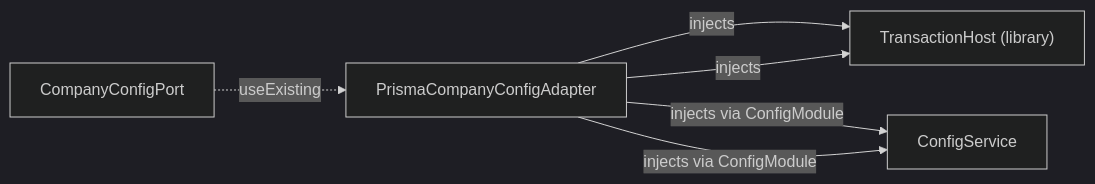
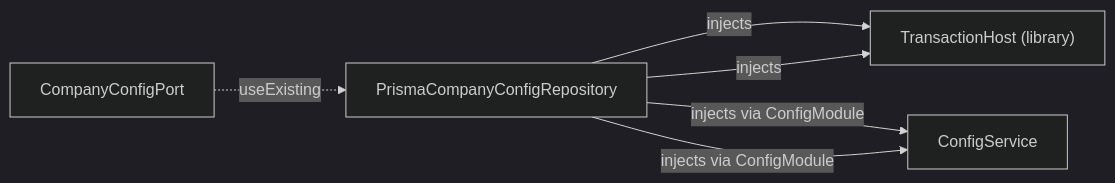
Diagram 12 of 22 in docs/DI-WIRING.md (ashrafemon/ddd-boilerplate), drawn with Mermaid (dark theme) before and after one commit. The commit also changed other lines of this file and 41 other files, not shown here.

First line of the commit message:
refactor(platform): normalize service layout — repositories/, adapter naming, port split

````diff
--- a/docs/DI-WIRING.md
+++ b/docs/DI-WIRING.md
@@ -578,12 +568,12 @@
 ```mermaid
 flowchart LR
     CompanyConfigPort["CompanyConfigPort"]
-    PrismaCompanyConfigAdapter["PrismaCompanyConfigAdapter"]
-    CompanyConfigPort -.->|useExisting| PrismaCompanyConfigAdapter
+    PrismaCompanyConfigRepository["PrismaCompanyConfigRepository"]
+    CompanyConfigPort -.->|useExisting| PrismaCompanyConfigRepository
     TransactionHost__library_["TransactionHost (library)"]
-    PrismaCompanyConfigAdapter -->|injects| TransactionHost__library_
+    PrismaCompanyConfigRepository -->|injects| TransactionHost__library_
     ConfigService["ConfigService"]
-    PrismaCompanyConfigAdapter -->|injects via ConfigModule| ConfigService
-    PrismaCompanyConfigAdapter -->|injects| TransactionHost__library_
-    PrismaCompanyConfigAdapter -->|injects via ConfigModule| ConfigService
+    PrismaCompanyConfigRepository -->|injects via ConfigModule| ConfigService
+    PrismaCompanyConfigRepository -->|injects| TransactionHost__library_
+    PrismaCompanyConfigRepository -->|injects via ConfigModule| ConfigService
 ```
````
